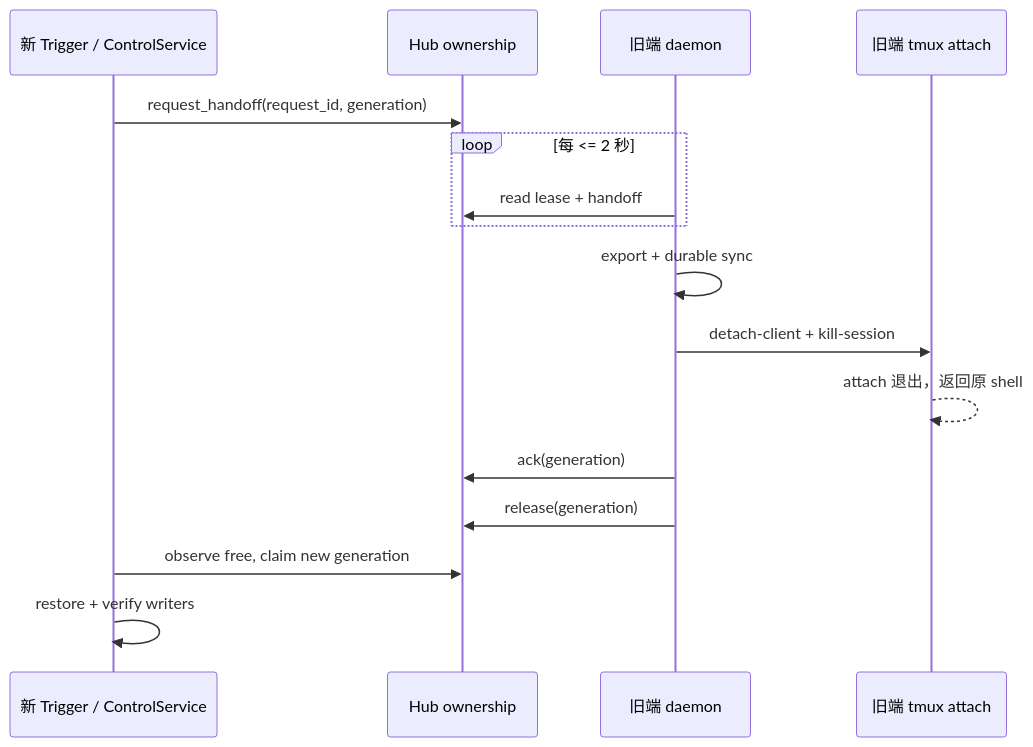
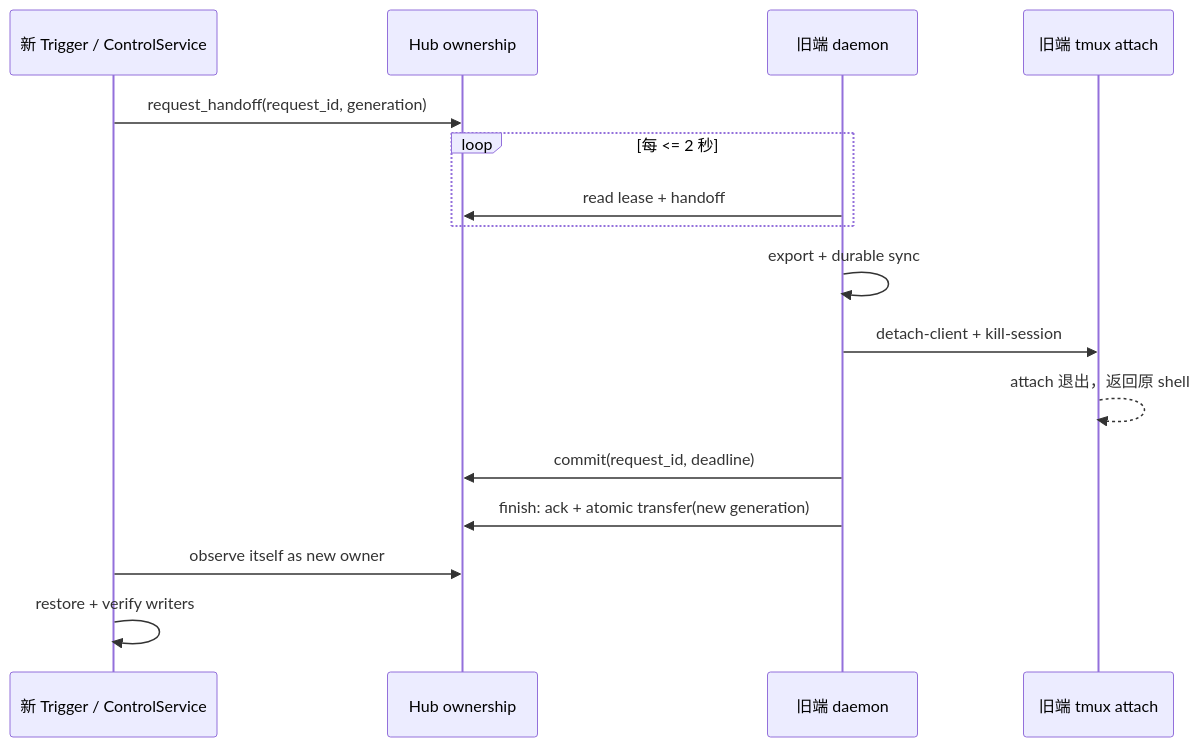
Before and after one commit to yukai08008/dual-tmux: the diagram in dev_plans/v0.4.54-v0.4.55/PRD.md, drawn with Mermaid. The commit also changed other lines of this file and 10 other files, not shown here.

Commit message:
fix: make trigger handoff atomic and deadline-safe

````diff
--- a/dev_plans/v0.4.54-v0.4.55/PRD.md
+++ b/dev_plans/v0.4.54-v0.4.55/PRD.md
@@ -42,19 +42,19 @@
 ```mermaid
 sequenceDiagram
     participant N as 新 Trigger / ControlService
     participant H as Hub ownership
     participant O as 旧端 daemon
     participant T as 旧端 tmux attach
 
     N->>H: request_handoff(request_id, generation)
     loop 每 <= 2 秒
         O->>H: read lease + handoff
     end
     O->>O: export + durable sync
     O->>T: detach-client + kill-session
     T-->>T: attach 退出，返回原 shell
-    O->>H: ack(generation)
-    O->>H: release(generation)
-    N->>H: observe free, claim new generation
+    O->>H: commit(request_id, deadline)
+    O->>H: finish: ack + atomic transfer(new generation)
+    N->>H: observe itself as new owner
     N->>N: restore + verify writers
 ```
````
